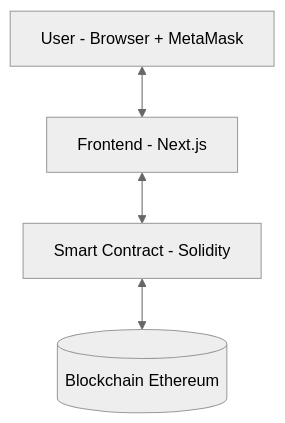
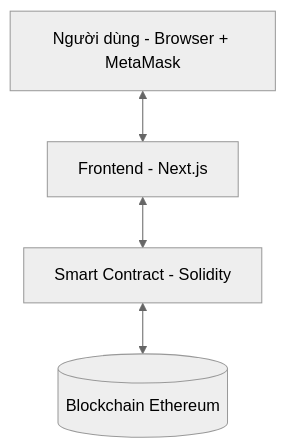
Before and after one commit to kkhanh-kas/voting-dapp-GroupB: the diagram in README.md, drawn with Mermaid (neutral theme). The commit also changed other lines of this file, not shown here.

````diff
--- a/README.md
+++ b/README.md
@@ -11,6 +11,6 @@
 ```mermaid
 graph TD
-    A[User - Browser + MetaMask] <--> B[Frontend - Next.js]
+    A[Người dùng - Browser + MetaMask] <--> B[Frontend - Next.js]
     B <--> C[Smart Contract - Solidity]
     C <--> D[(Blockchain Ethereum)]
 ```
````
